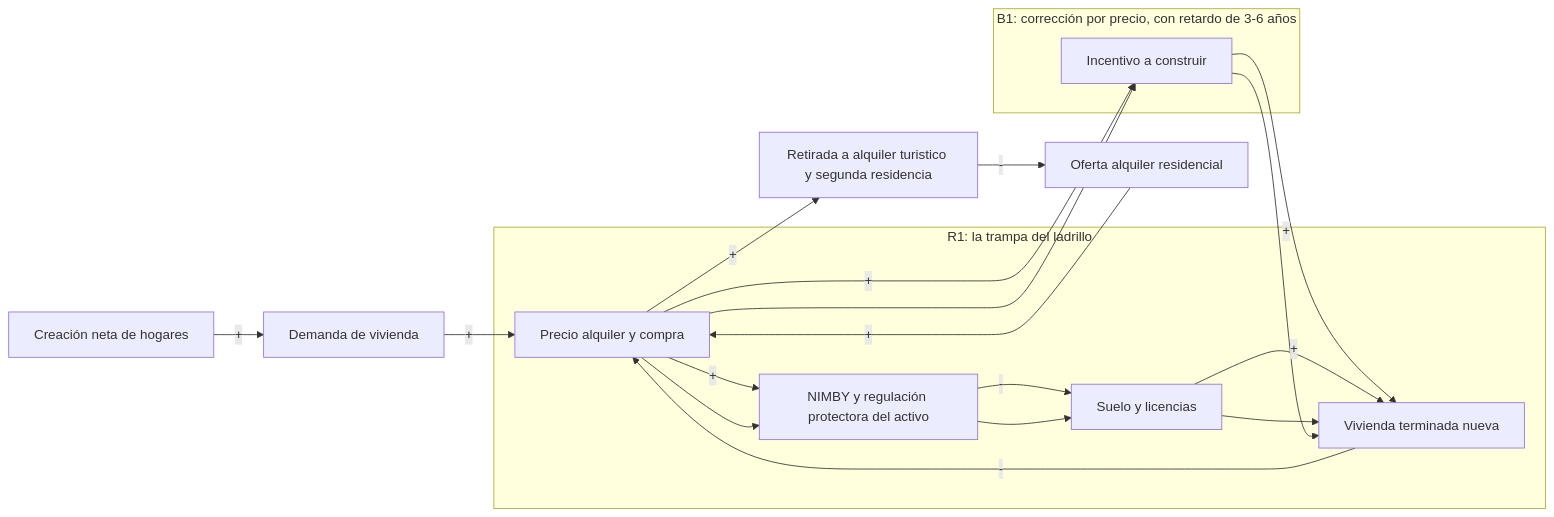
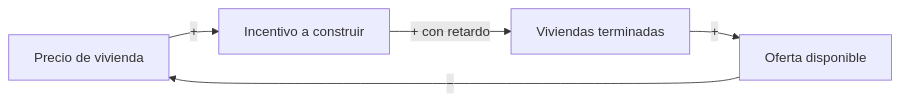
The first of 3 diagrams in README.md (santos-sanz/como-arreglar-espana), drawn with Mermaid before and after one commit. The commit also changed other lines of this file and 2 other files, not shown here.

````diff
--- a/README.md
+++ b/README.md
@@ -53,17 +31,7 @@
 ```mermaid
 flowchart LR
-  H[Creación neta de hogares] -->|+| D[Demanda de vivienda]
-  D -->|+| P[Precio alquiler y compra]
-  S[Vivienda terminada nueva] -->|-| P
-  P -->|+| I[Incentivo a construir] -->|+| S
-  P -->|+| N[NIMBY y regulación protectora del activo] -->|-| Suelo[Suelo y licencias]
-  Suelo -->|+| S
-  P -->|+| V[Retirada a alquiler turistico y segunda residencia] -->|-| O[Oferta alquiler residencial]
-  O -->|+| P
-  subgraph R1[R1: la trampa del ladrillo]
-    P --> N --> Suelo --> S
-  end
-  subgraph B1[B1: corrección por precio, con retardo de 3-6 años]
-    P --> I --> S
-  end
+  P[Precio de vivienda] -->|+| I[Incentivo a construir]
+  I -->|+ con retardo| V[Viviendas terminadas]
+  V -->|+| O[Oferta disponible]
+  O -->|−| P
 ```
````
